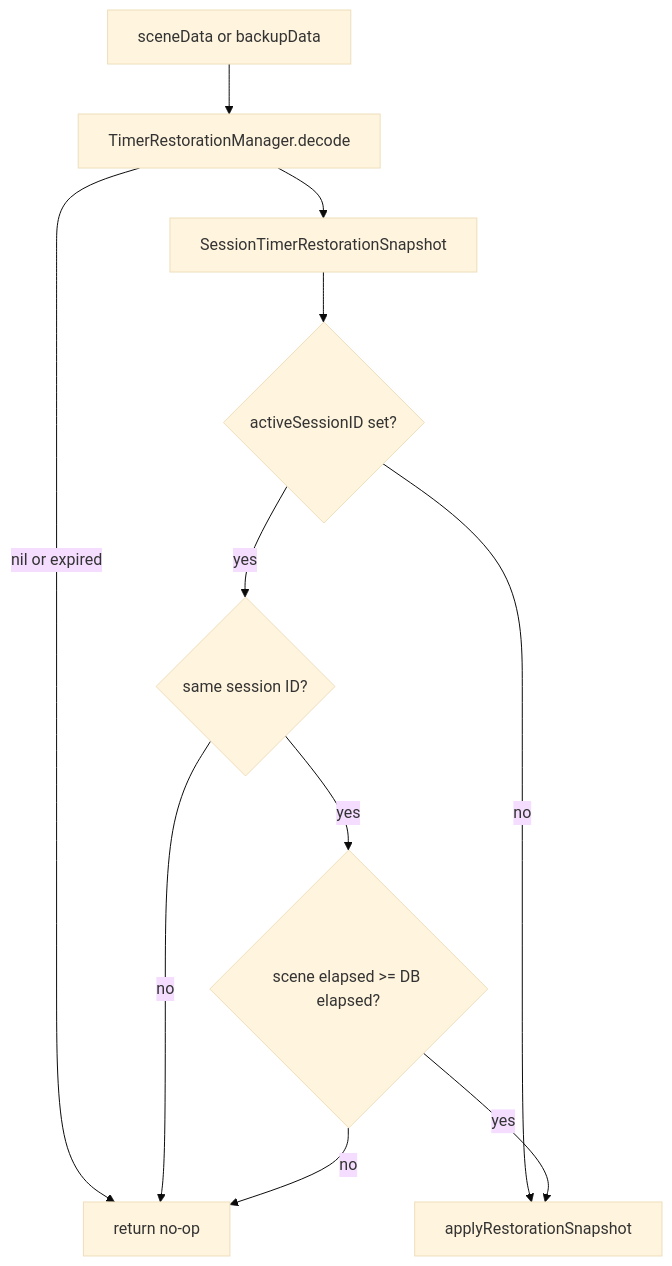
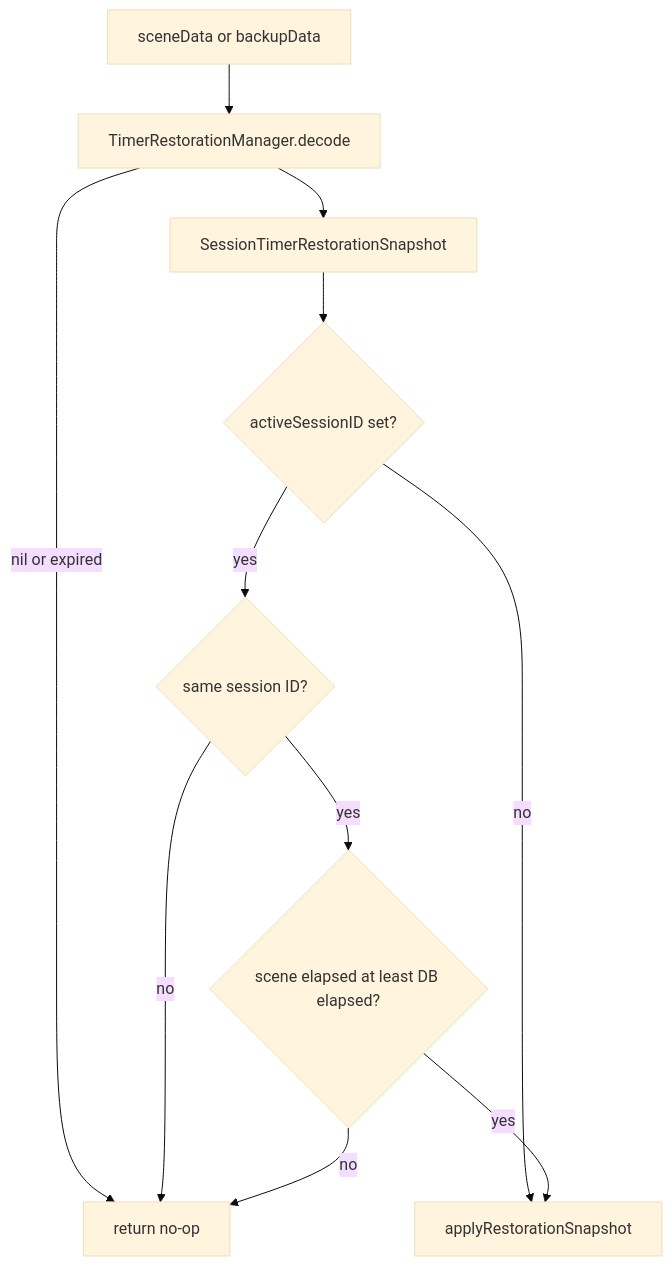
One commit to nguyenquanghuy22041990/FocusUp changed the third of 5 diagrams in docs/interview-guide/16-app-restoration-coordinator.md. Above: the diagram before and after it, drawn with Mermaid (base theme). The commit also changed other lines of this file and 30 other files, not shown here.

````diff
--- a/docs/interview-guide/16-app-restoration-coordinator.md
+++ b/docs/interview-guide/16-app-restoration-coordinator.md
@@ -264,13 +264,13 @@
 ```mermaid
 flowchart TD
     DATA[sceneData or backupData] --> DECODE[TimerRestorationManager.decode]
     DECODE -->|nil or expired| SKIP[return no-op]
     DECODE --> SNAP[SessionTimerRestorationSnapshot]
     SNAP --> HAS{activeSessionID set?}
     HAS -->|no| APPLY[applyRestorationSnapshot]
     HAS -->|yes| MATCH{same session ID?}
     MATCH -->|no| SKIP
-    MATCH -->|yes| ELAPSED{scene elapsed >= DB elapsed?}
+    MATCH -->|yes| ELAPSED{"scene elapsed at least DB elapsed?"}
     ELAPSED -->|no| SKIP
     ELAPSED -->|yes| APPLY
 ```
````
